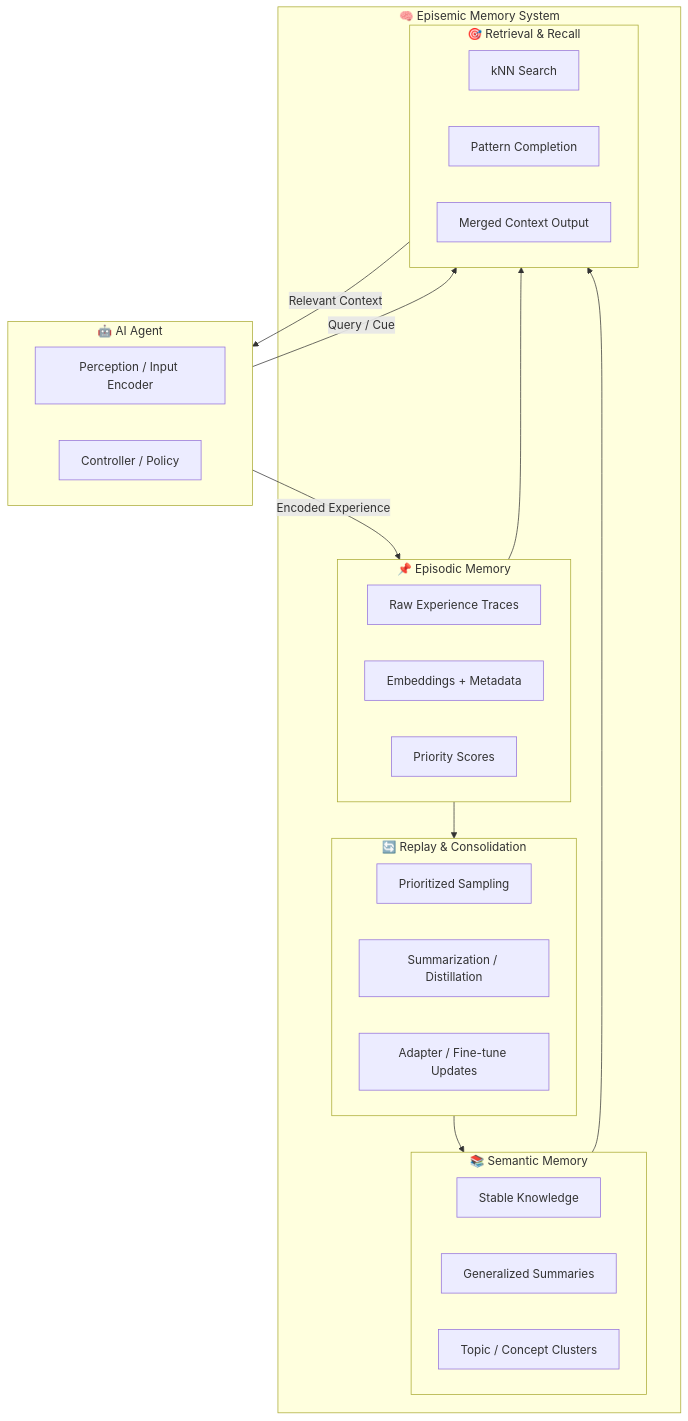
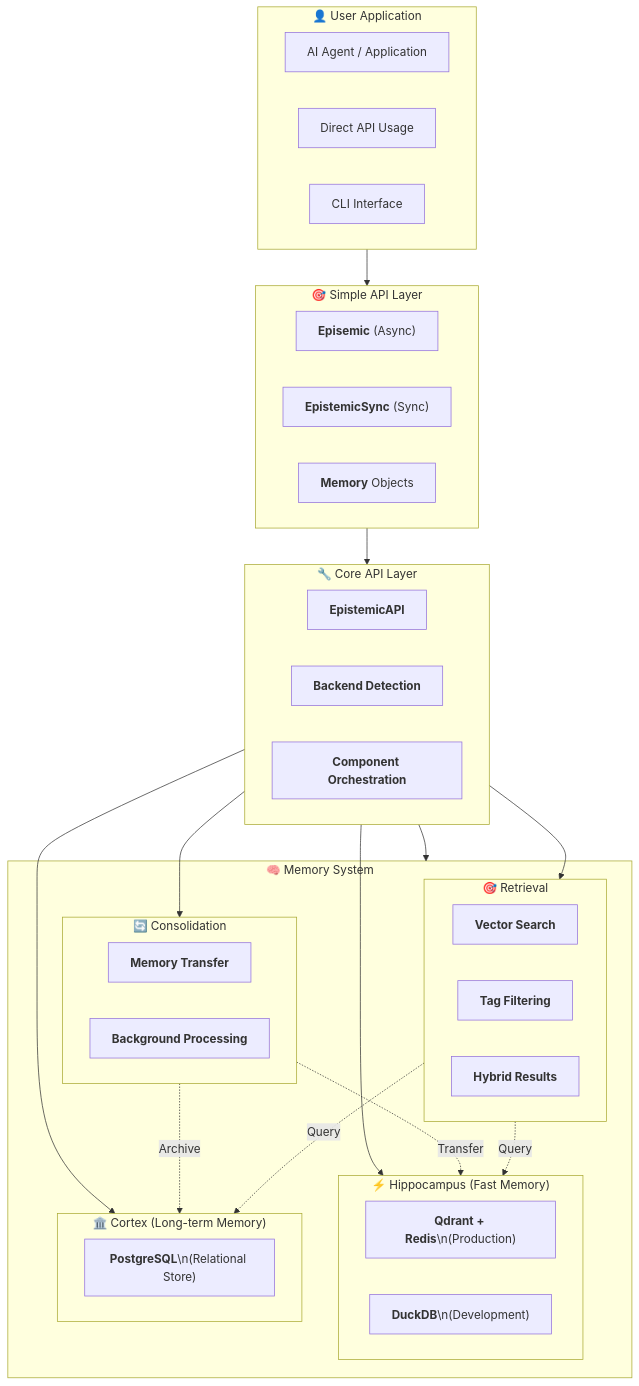
The first of 2 diagrams in CONTRIBUTING.md (episemic/episemic), drawn with Mermaid before and after one commit. The commit also changed other lines of this file, not shown here.

Commit message:
Update CONTRIBUTING.md to reflect project name change and enhance documentation
- Changed references from "Episemic Core" to "Episemic" throughout the document.
- Updated test coverage commands and added new test file descriptions for clarity.
- Revised system architecture diagrams to align with the new naming conventions and structure.
- Improved overall documentation for better guidance on contributing to the project.

````diff
--- a/CONTRIBUTING.md
+++ b/CONTRIBUTING.md
@@ -150,41 +162,57 @@
 ```mermaid
 flowchart TB
-    subgraph Agent["🤖 AI Agent"]
-        A1["Perception / Input Encoder"]
-        A2["Controller / Policy"]
+    subgraph User["👤 User Application"]
+        U1["AI Agent / Application"]
+        U2["Direct API Usage"]
+        U3["CLI Interface"]
     end
 
-    subgraph Brain["🧠 Episemic Memory System"]
-        subgraph Episodic["📌 Episodic Memory"]
-            E1["Raw Experience Traces"]
-            E2["Embeddings + Metadata"]
-            E3["Priority Scores"]
+    subgraph Simple["🎯 Simple API Layer"]
+        S1["`**Episemic** (Async)`"]
+        S2["`**EpistemicSync** (Sync)`"]
+        S3["`**Memory** Objects`"]
+    end
+
+    subgraph Core["🔧 Core API Layer"]
+        C1["`**EpistemicAPI**`"]
+        C2["`**Backend Detection**`"]
+        C3["`**Component Orchestration**`"]
+    end
+
+    subgraph Memory["🧠 Memory System"]
+        subgraph Hippocampus["⚡ Hippocampus (Fast Memory)"]
+            H1["`**Qdrant + Redis**\n(Production)`"]
+            H2["`**DuckDB**\n(Development)`"]
         end
 
-        subgraph Replay["🔄 Replay & Consolidation"]
-            R1["Prioritized Sampling"]
-            R2["Summarization / Distillation"]
-            R3["Adapter / Fine-tune Updates"]
+        subgraph Cortex["🏛️ Cortex (Long-term Memory)"]
+            CT1["`**PostgreSQL**\n(Relational Store)`"]
         end
 
-        subgraph Semantic["📚 Semantic Memory"]
-            S1["Stable Knowledge"]
-            S2["Generalized Summaries"]
-            S3["Topic / Concept Clusters"]
+        subgraph Consolidation["🔄 Consolidation"]
+            CN1["`**Memory Transfer**`"]
+            CN2["`**Background Processing**`"]
         end
 
-        subgraph Retrieval["🎯 Retrieval & Recall"]
-            Q1["kNN Search"]
-            Q2["Pattern Completion"]
-            Q3["Merged Context Output"]
+        subgraph Retrieval["🎯 Retrieval"]
+            R1["`**Vector Search**`"]
+            R2["`**Tag Filtering**`"]
+            R3["`**Hybrid Results**`"]
         end
     end
 
-    Agent -->|Encoded Experience| Episodic
-    Episodic --> Replay
-    Replay --> Semantic
-    Agent -->|Query / Cue| Retrieval
-    Semantic --> Retrieval
-    Episodic --> Retrieval
-    Retrieval -->|Relevant Context| Agent
+    User --> Simple
+    Simple --> Core
+    Core --> Memory
+
+    Core --> Hippocampus
+    Core --> Cortex
+    Core --> Consolidation
+    Core --> Retrieval
+
+    Consolidation -.->|Transfer| Hippocampus
+    Consolidation -.->|Archive| Cortex
+
+    Retrieval -.->|Query| Hippocampus
+    Retrieval -.->|Query| Cortex
 ```
````
